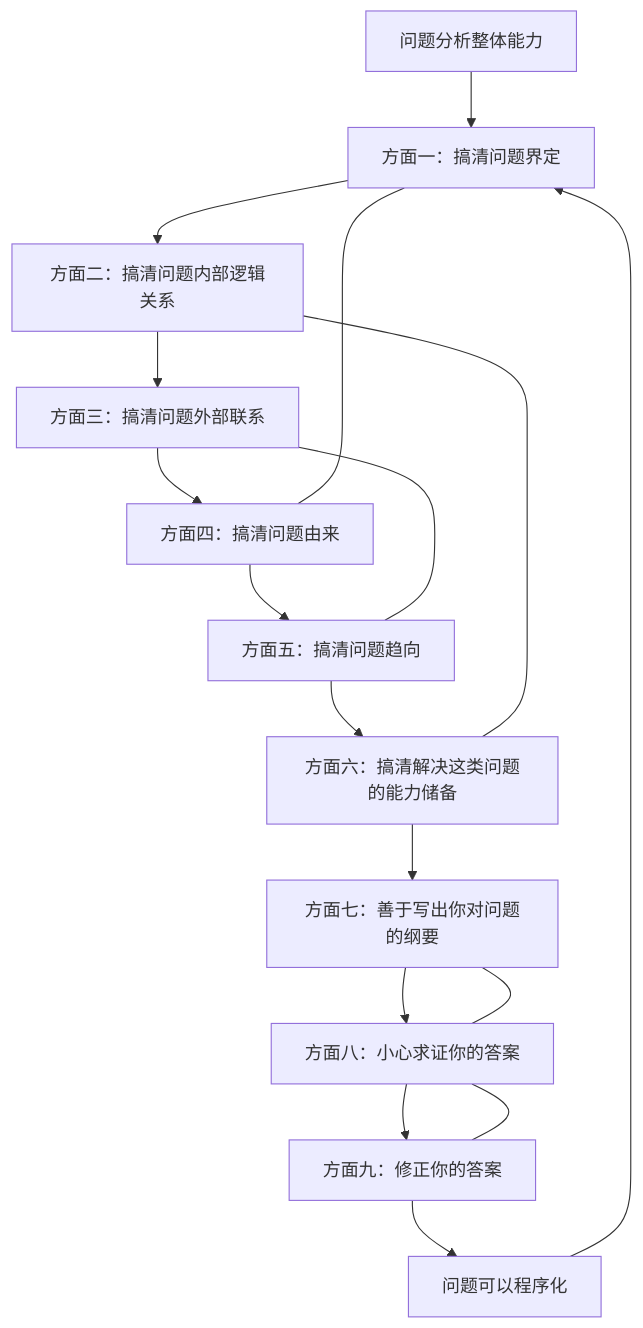
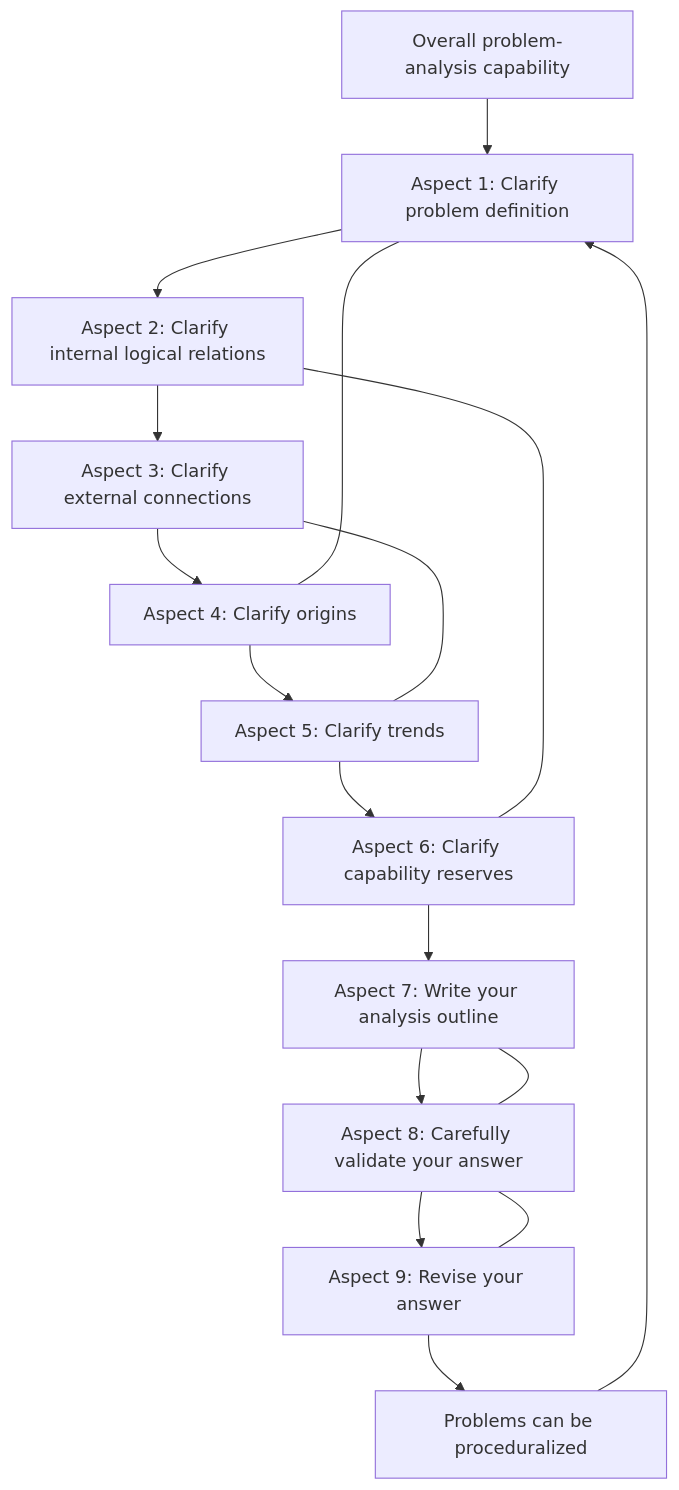
One commit to ljg-cqu/knowledge changed the first of 2 diagrams in Prompts/Analysis/Nine_Aspects_Analysis.md. Above: the diagram before and after it, drawn with Mermaid. The commit also changed other lines of this file and 2 other files, not shown here.

````diff
--- a/Prompts/Analysis/Nine_Aspects_Analysis.md
+++ b/Prompts/Analysis/Nine_Aspects_Analysis.md
@@ -127,20 +173,20 @@
- ```mermaid
- graph TD
-     A[问题分析整体能力] --> B[方面一：搞清问题界定]
-     B --> C[方面二：搞清问题内部逻辑关系]
-     C --> D[方面三：搞清问题外部联系]
-     D --> E[方面四：搞清问题由来]
-     E --> F[方面五：搞清问题趋向]
-     F --> G[方面六：搞清解决这类问题的能力储备]
-     G --> H[方面七：善于写出你对问题的纲要]
-     H --> I[方面八：小心求证你的答案]
-     I --> J[方面九：修正你的答案]
-     J --> K[问题可以程序化]
+```mermaid
+graph TD
+    A[Overall problem-analysis capability] --> B[Aspect 1: Clarify problem definition]
+    B --> C[Aspect 2: Clarify internal logical relations]
+    C --> D[Aspect 3: Clarify external connections]
+    D --> E[Aspect 4: Clarify origins]
+    E --> F[Aspect 5: Clarify trends]
+    F --> G[Aspect 6: Clarify capability reserves]
+    G --> H[Aspect 7: Write your analysis outline]
+    H --> I[Aspect 8: Carefully validate your answer]
+    I --> J[Aspect 9: Revise your answer]
+    J --> K[Problems can be proceduralized]
 
-     B --- E
-     C --- G
-     D --- F
-     H --- I
-     I --- J
-     K --> B
- ```
+    B --- E
+    C --- G
+    D --- F
+    H --- I
+    I --- J
+    K --> B
+```
````
